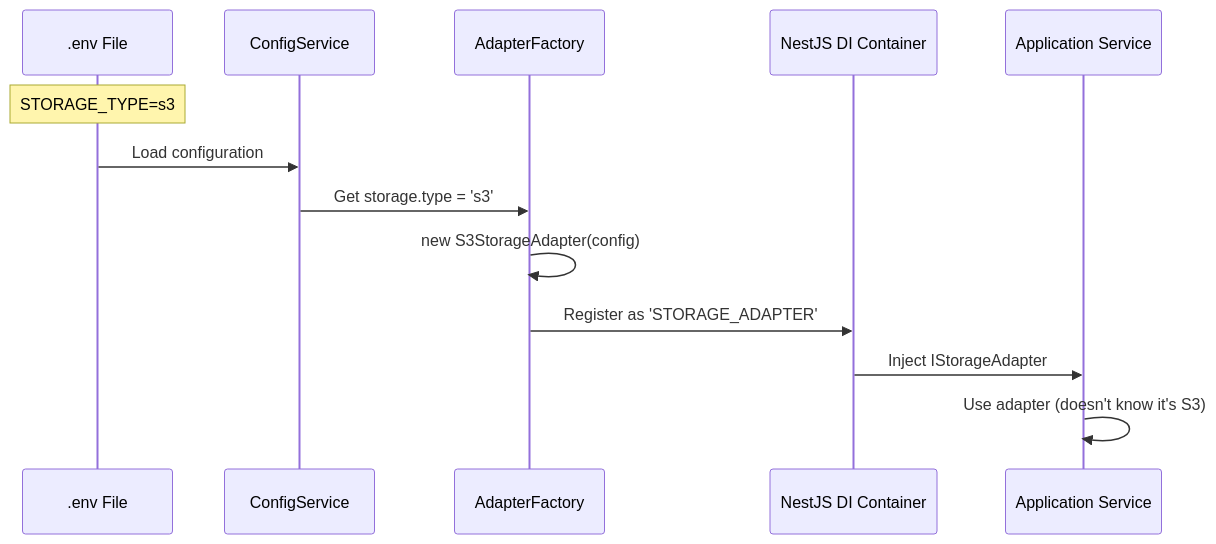
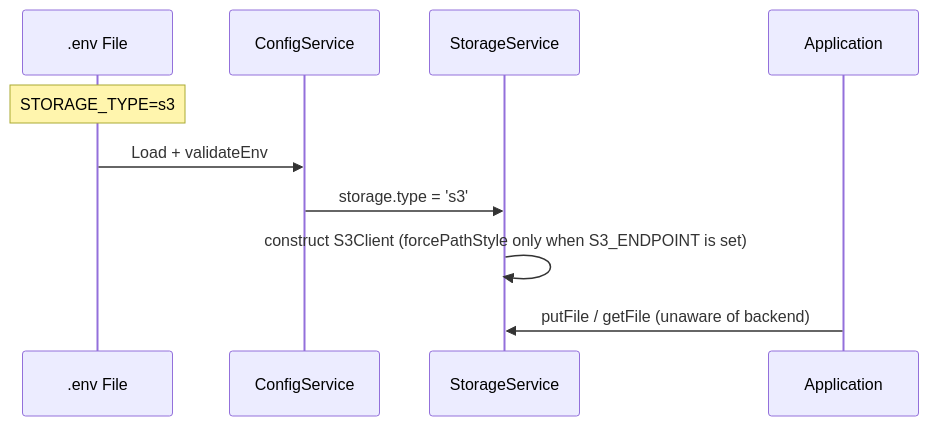
One commit to Carnaval-Team/VentIQ-seller-App changed the sixth of 24 diagrams in ventiq_admin_app/docs_wapi/03-system-architecture.md. Above: the diagram before and after it, drawn with Mermaid. The commit also changed other lines of this file and 39 other files, not shown here.

````diff
--- a/ventiq_admin_app/docs_wapi/03-system-architecture.md
+++ b/ventiq_admin_app/docs_wapi/03-system-architecture.md
@@ -316,16 +294,13 @@
 ```mermaid
 sequenceDiagram
     participant Env as .env File
     participant Config as ConfigService
-    participant Factory as AdapterFactory
-    participant DI as NestJS DI Container
-    participant Service as Application Service
+    participant Svc as StorageService
+    participant App as Application
 
     Note over Env: STORAGE_TYPE=s3
-    Env->>Config: Load configuration
-    Config->>Factory: Get storage.type = 's3'
-    Factory->>Factory: new S3StorageAdapter(config)
-    Factory->>DI: Register as 'STORAGE_ADAPTER'
-    DI->>Service: Inject IStorageAdapter
-    Service->>Service: Use adapter (doesn't know it's S3)
+    Env->>Config: Load + validateEnv
+    Config->>Svc: storage.type = 's3'
+    Svc->>Svc: construct S3Client (forcePathStyle only when S3_ENDPOINT is set)
+    App->>Svc: putFile / getFile (unaware of backend)
 ```
````
